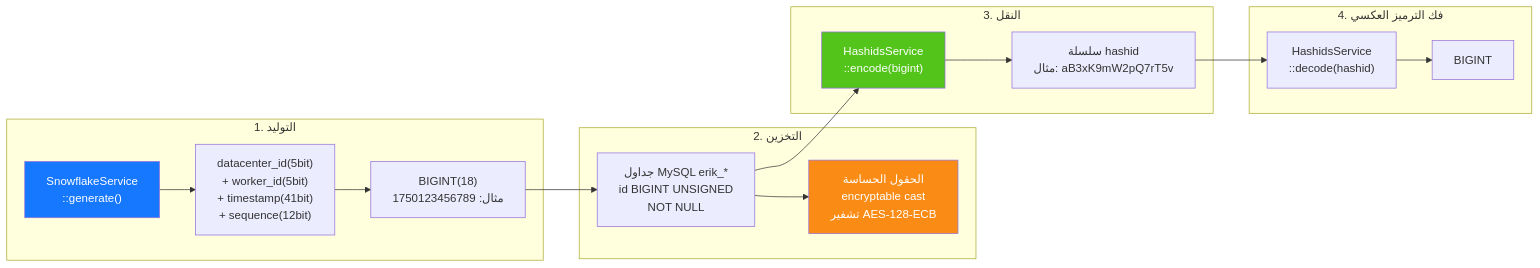
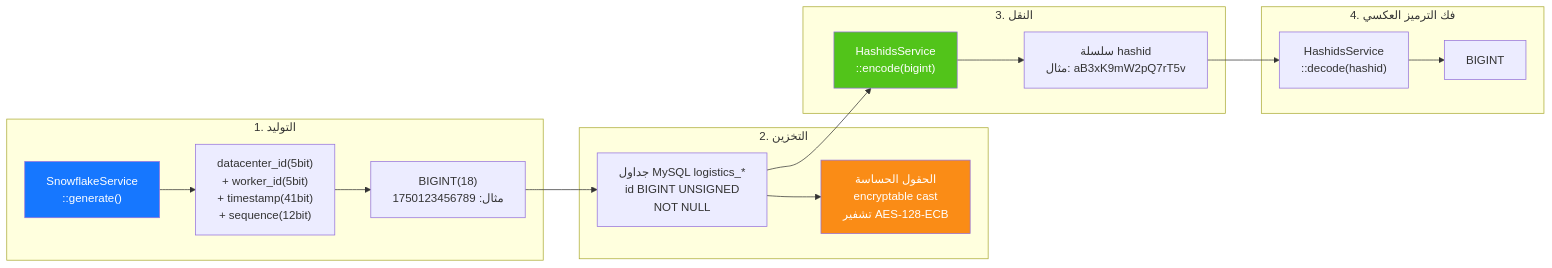
Before and after one commit to erikwang2013/integrated-global-logistics: the seventh of 14 diagrams in admin/docs/ARCHITECTURE.ar.md, drawn with Mermaid. The commit also changed other lines of this file and 211 other files, not shown here.

````diff
--- a/admin/docs/ARCHITECTURE.ar.md
+++ b/admin/docs/ARCHITECTURE.ar.md
@@ -364,33 +364,33 @@
 ```mermaid
 flowchart LR
     subgraph "1. التوليد"
         G1["SnowflakeService<br/>::generate()"]
         G2["datacenter_id(5bit)<br/>+ worker_id(5bit)<br/>+ timestamp(41bit)<br/>+ sequence(12bit)"]
         G3["BIGINT(18)<br/>مثال: 1750123456789"]
         G1 --> G2 --> G3
     end
 
     subgraph "2. التخزين"
-        S1["جداول MySQL erik_*<br/>id BIGINT UNSIGNED<br/>NOT NULL"]
+        S1["جداول MySQL logistics_*<br/>id BIGINT UNSIGNED<br/>NOT NULL"]
         S2["الحقول الحساسة<br/>encryptable cast<br/>تشفير AES-128-ECB"]
         G3 --> S1
         S1 --> S2
     end
 
     subgraph "3. النقل"
         T1["HashidsService<br/>::encode(bigint)"]
         T2["سلسلة hashid<br/>مثال: aB3xK9mW2pQ7rT5v"]
         S1 --> T1
         T1 --> T2
     end
 
     subgraph "4. فك الترميز العكسي"
         R1["HashidsService<br/>::decode(hashid)"]
         R2["BIGINT"]
         T2 --> R1 --> R2
     end
 
     style G1 fill:#1677FF,color:#fff
     style T1 fill:#52C41A,color:#fff
     style S2 fill:#FA8C16,color:#fff
 ```
````
